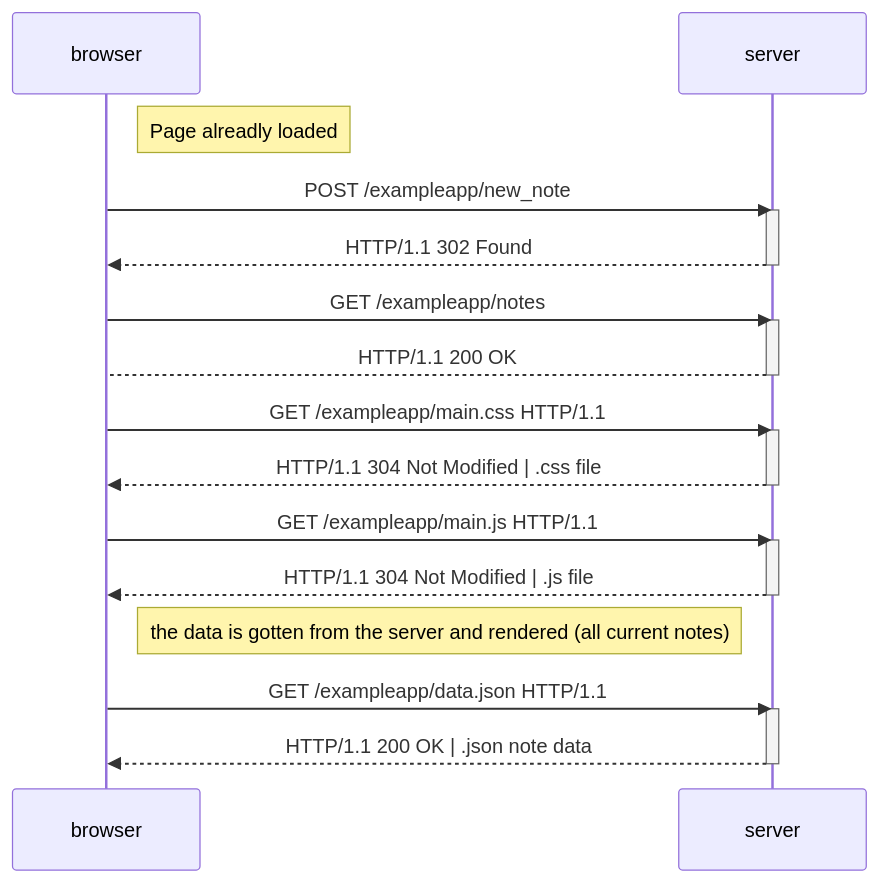
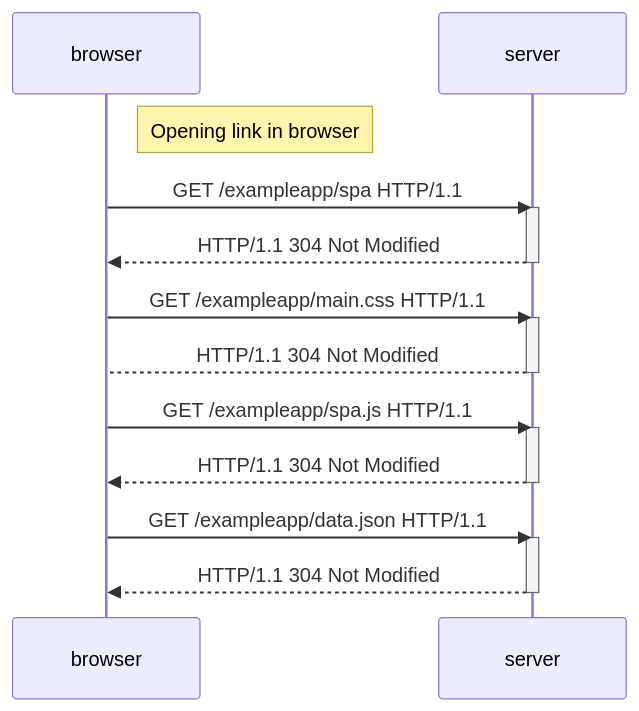
The diagram in part0/0.5-spa-diagram.md (erdelp/fsopen-helsinki), drawn with Mermaid before and after one commit.

````diff
--- a/part0/0.5-spa-diagram.md
+++ b/part0/0.5-spa-diagram.md
@@ -1,36 +1,29 @@
 ```mermaid
 sequenceDiagram
   participant browser
   participant server
 
-  Note right of browser: Page alreadly loaded
+  Note right of browser: Opening link in browser
 
-  browser->>server: POST /exampleapp/new_note
+  browser->>server: GET /exampleapp/spa HTTP/1.1
   activate server
-  server-->>browser: HTTP/1.1 302 Found
+  server-->>browser: HTTP/1.1 304 Not Modified
   deactivate server
 
 
-  browser->>server: GET /exampleapp/notes
+  browser->>server: GET /exampleapp/main.css HTTP/1.1
   activate server
-  server-->browser: HTTP/1.1 200 OK
+  server-->browser: HTTP/1.1 304 Not Modified
   deactivate server
 
-  browser->>server: GET /exampleapp/main.css HTTP/1.1
+  browser->>server: GET /exampleapp/spa.js HTTP/1.1
   activate server
-  server-->>browser: HTTP/1.1 304 Not Modified | .css file
+  server-->>browser: HTTP/1.1 304 Not Modified
   deactivate server
 
-  browser->>server: GET /exampleapp/main.js HTTP/1.1
-  activate server
-  server-->>browser: HTTP/1.1 304 Not Modified | .js file
-  deactivate server
-
-  Note right of browser: the data is gotten from the server and rendered (all current notes)
   browser->>server: GET /exampleapp/data.json HTTP/1.1
   activate server
-  server-->>browser: HTTP/1.1 200 OK | .json note data
+  server-->>browser: HTTP/1.1 304 Not Modified
   deactivate server
-
   
 ```
````
